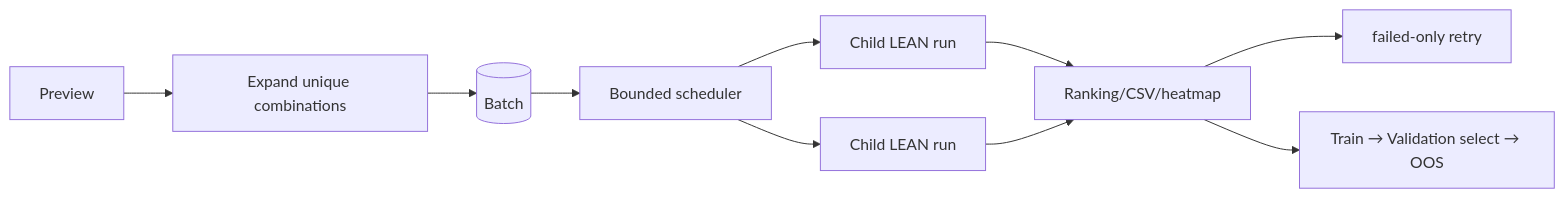
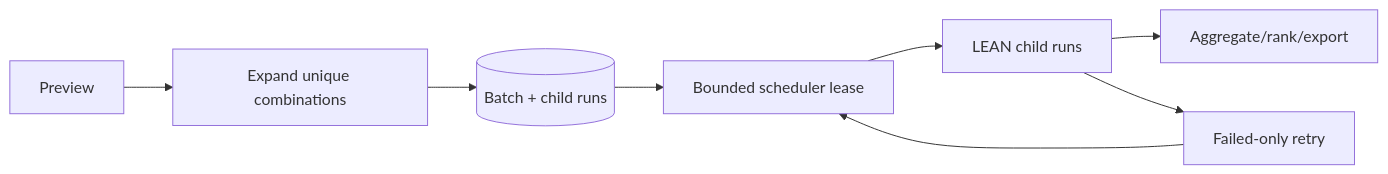
Before and after one commit to magic-alt/lean-local-platform: the fifth of 9 diagrams in docs/audit/actual-environment-system-review-2026-08-02.md, drawn with Mermaid. The commit also changed other lines of this file and 35 other files, not shown here.

````diff
--- a/docs/audit/actual-environment-system-review-2026-08-02.md
+++ b/docs/audit/actual-environment-system-review-2026-08-02.md
@@ -178,11 +171,10 @@
 ```mermaid
 flowchart LR
-  PRE[Preview] --> MATRIX[Expand unique combinations]
-  MATRIX --> B[(Batch)]
-  B --> LIMIT[Bounded scheduler]
-  LIMIT --> C1[Child LEAN run]
-  LIMIT --> C2[Child LEAN run]
-  C1 & C2 --> AGG[Ranking/CSV/heatmap]
-  AGG --> RETRY[failed-only retry]
-  AGG --> WF[Train → Validation select → OOS]
+  P[Preview] --> E[Expand unique combinations]
+  E --> B[(Batch + child runs)]
+  B --> L[Bounded scheduler lease]
+  L --> R[LEAN child runs]
+  R --> A[Aggregate/rank/export]
+  R --> F[Failed-only retry]
+  F --> L
 ```
````
